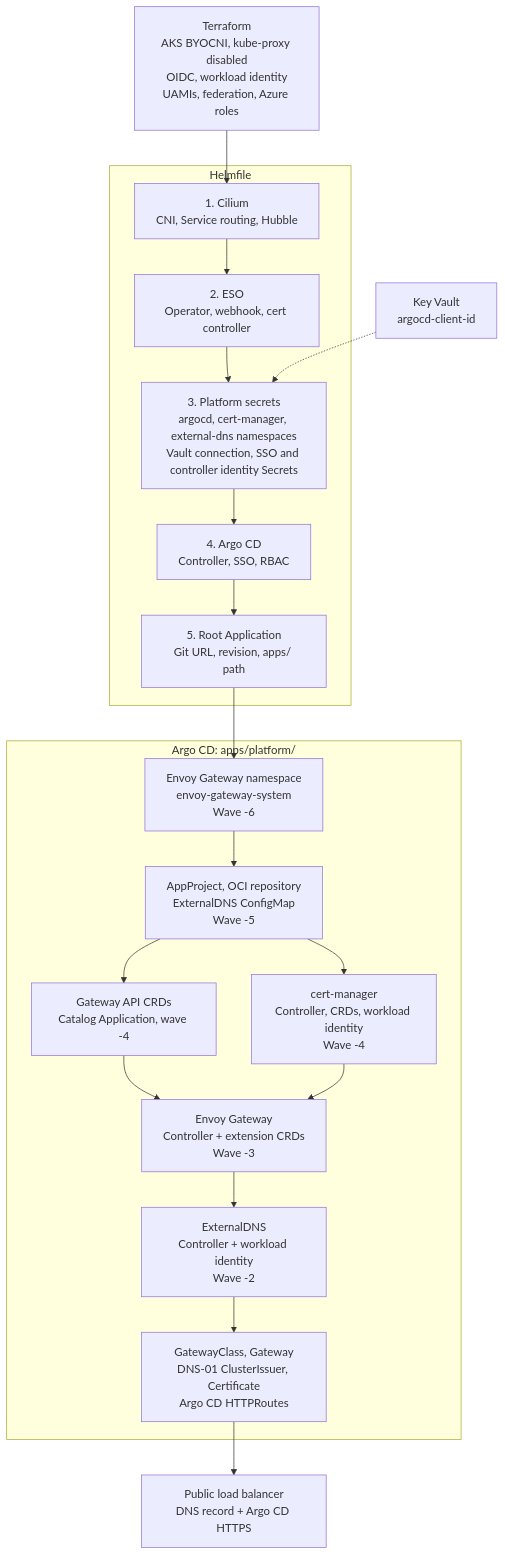
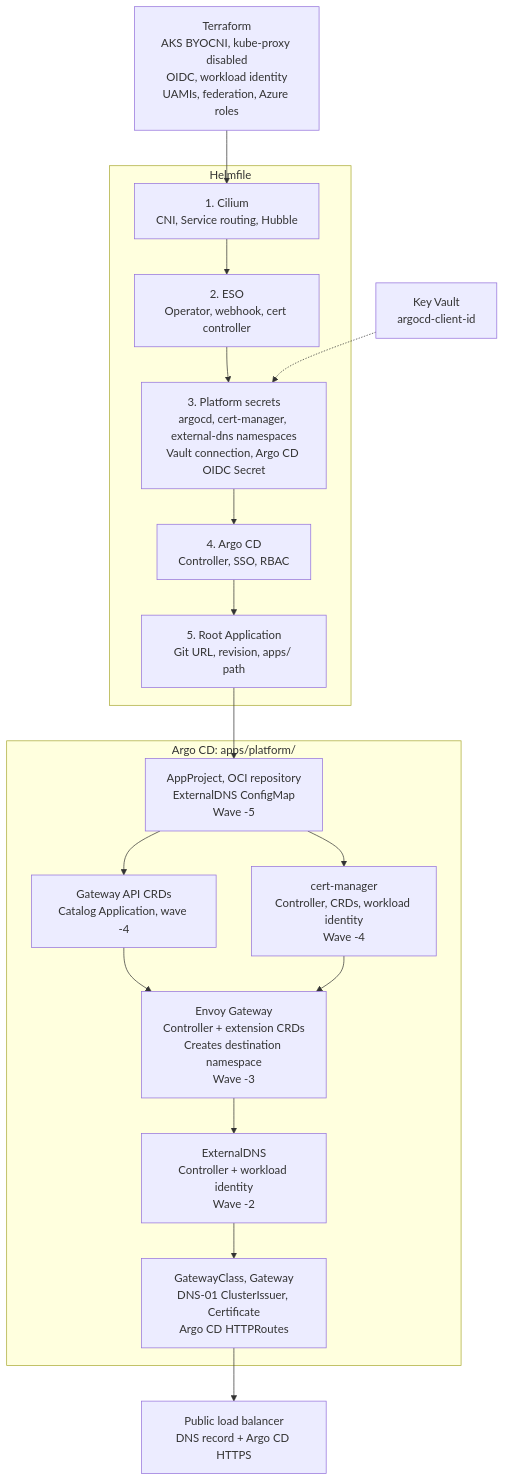
Before and after one commit to RyanJKS/platform-gitops: the diagram in clusters/azure/DEV-JKS/dev/uks/sandbox/aks-envoy/bootstrap/README.md, drawn with Mermaid. The commit also changed other lines of this file and 1 other file, not shown here.

Commit message:
chore: update envoy bootstrap external secrets config

````diff
--- a/clusters/azure/DEV-JKS/dev/uks/sandbox/aks-envoy/bootstrap/README.md
+++ b/clusters/azure/DEV-JKS/dev/uks/sandbox/aks-envoy/bootstrap/README.md
@@ -8,32 +8,30 @@
 ```mermaid
 flowchart TD
     T["Terraform<br/>AKS BYOCNI, kube-proxy disabled<br/>OIDC, workload identity<br/>UAMIs, federation, Azure roles"]
 
     subgraph H["Helmfile"]
         C["1. Cilium<br/>CNI, Service routing, Hubble"]
         E["2. ESO<br/>Operator, webhook, cert controller"]
-        P["3. Platform secrets<br/>argocd, cert-manager, external-dns namespaces<br/>Vault connection, SSO and controller identity Secrets"]
+        P["3. Platform secrets<br/>argocd, cert-manager, external-dns namespaces<br/>Vault connection, Argo CD OIDC Secret"]
         A["4. Argo CD<br/>Controller, SSO, RBAC"]
         R["5. Root Application<br/>Git URL, revision, apps/ path"]
         C --> E --> P --> A --> R
     end
 
     subgraph GitOps["Argo CD: apps/platform/"]
-        N["Envoy Gateway namespace<br/>envoy-gateway-system<br/>Wave -6"]
         F["AppProject, OCI repository<br/>ExternalDNS ConfigMap<br/>Wave -5"]
         K["Gateway API CRDs<br/>Catalog Application, wave -4"]
         M["cert-manager<br/>Controller, CRDs, workload identity<br/>Wave -4"]
-        EG["Envoy Gateway<br/>Controller + extension CRDs<br/>Wave -3"]
+        EG["Envoy Gateway<br/>Controller + extension CRDs<br/>Creates destination namespace<br/>Wave -3"]
         D["ExternalDNS<br/>Controller + workload identity<br/>Wave -2"]
         W["GatewayClass, Gateway<br/>DNS-01 ClusterIssuer, Certificate<br/>Argo CD HTTPRoutes"]
-        N --> F
         F --> K --> EG
         F --> M --> EG
         EG --> D --> W
     end
 
     T --> C
     V["Key Vault<br/>argocd-client-id"] -.-> P
-    R --> N
+    R --> F
     W --> HTTPS["Public load balancer<br/>DNS record + Argo CD HTTPS"]
 ```
````
